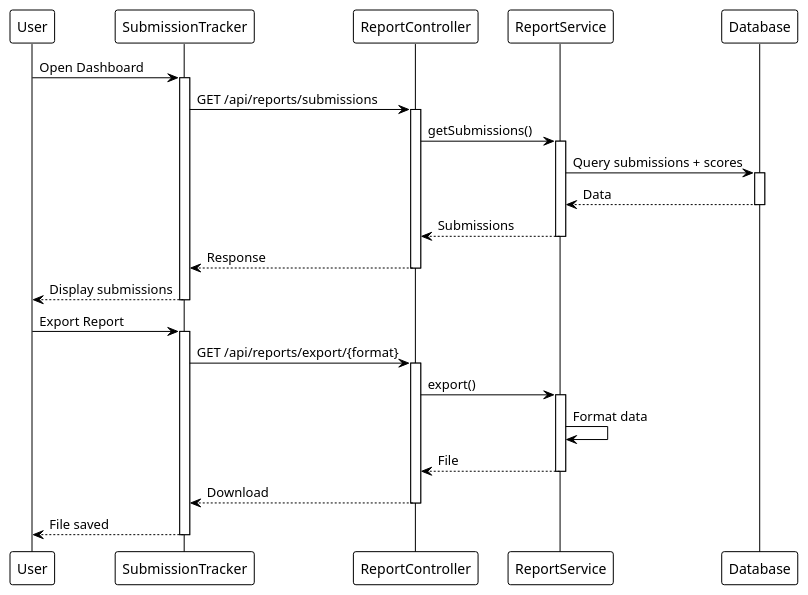
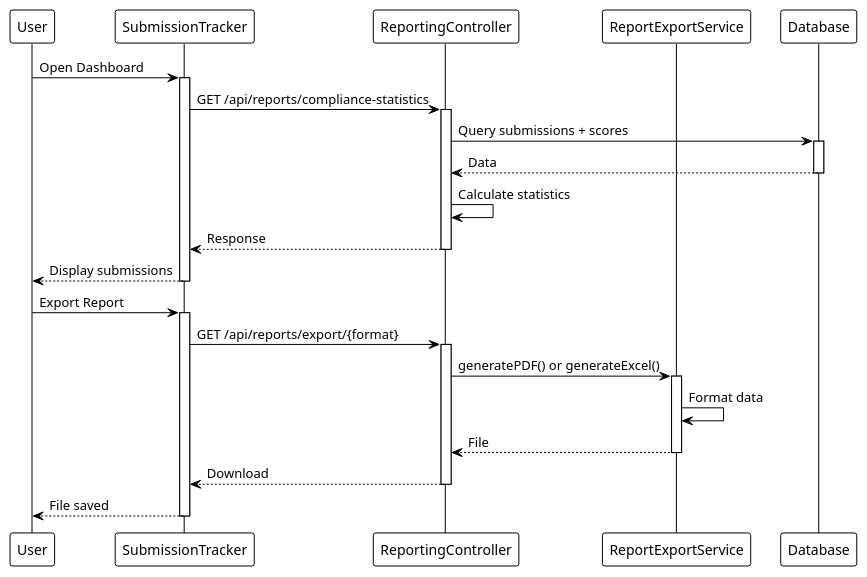
The eighth of 8 diagrams in Capstone Files/Module4.md (lawas-tess/SPMP-Evaluator), drawn with PlantUML before and after one commit. The commit also changed other lines of this file and 8 other files, not shown here.

Commit message:
Add AI integration architecture docs, PlantUML diagrams, and presentation script; Update modules with hybrid AI approach; Switch to Amazon Nova model with timeout protection

````diff
--- a/Capstone Files/Module4.md
+++ b/Capstone Files/Module4.md
@@ -775,41 +757,38 @@
 ```plantuml
 @startuml ViewScores_Sequence
 !theme plain
 participant "User" as User
 participant "SubmissionTracker" as UI
-participant "ReportController" as Ctrl
-participant "ReportService" as Service
+participant "ReportingController" as Ctrl
+participant "ReportExportService" as Service
 participant "Database" as DB
 
 User -> UI: Open Dashboard
 activate UI
-UI -> Ctrl: GET /api/reports/submissions
+UI -> Ctrl: GET /api/reports/compliance-statistics
 activate Ctrl
-Ctrl -> Service: getSubmissions()
-activate Service
-Service -> DB: Query submissions + scores
+Ctrl -> DB: Query submissions + scores
 activate DB
-DB --> Service: Data
+DB --> Ctrl: Data
 deactivate DB
-Service --> Ctrl: Submissions
-deactivate Service
+Ctrl -> Ctrl: Calculate statistics
 Ctrl --> UI: Response
 deactivate Ctrl
 UI --> User: Display submissions
 deactivate UI
 
 User -> UI: Export Report
 activate UI
 UI -> Ctrl: GET /api/reports/export/{format}
 activate Ctrl
-Ctrl -> Service: export()
+Ctrl -> Service: generatePDF() or generateExcel()
 activate Service
 Service -> Service: Format data
 Service --> Ctrl: File
 deactivate Service
 Ctrl --> UI: Download
 deactivate Ctrl
 UI --> User: File saved
 deactivate UI
 @enduml
 ```
````
